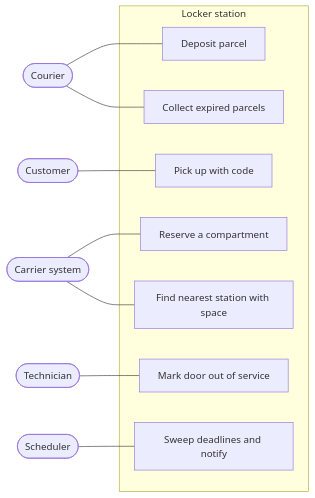
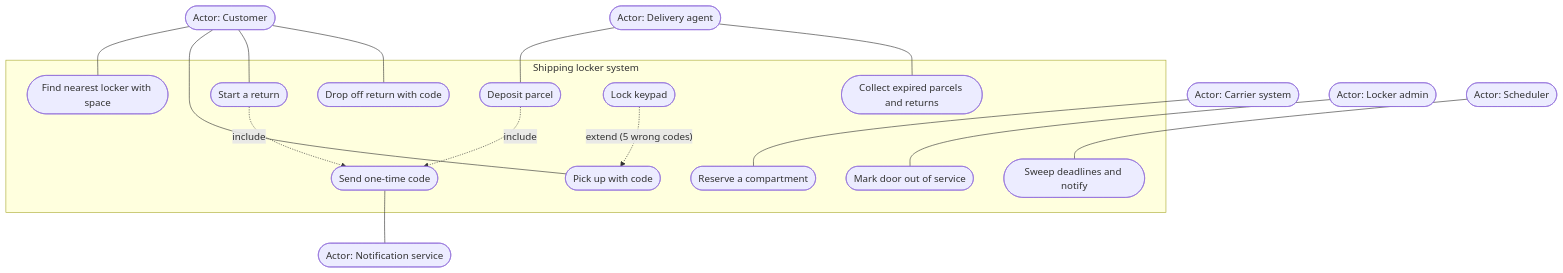
Before and after one commit to vsns11/interview_notes: diagram 23 of 29 in lld/chapters/14-case-everyday-objects/README.md, drawn with Mermaid. The commit also changed other lines of this file and 139 other files, not shown here.

````diff
--- a/lld/chapters/14-case-everyday-objects/README.md
+++ b/lld/chapters/14-case-everyday-objects/README.md
@@ -5095,24 +3217,35 @@
 ```mermaid
-flowchart LR
-    Carrier(["Carrier system"])
-    Courier(["Courier"])
-    Cust(["Customer"])
-    Tech(["Technician"])
-    Sched(["Scheduler"])
-    subgraph Station["Locker station"]
-        U1["Reserve a compartment"]
-        U2["Deposit parcel"]
-        U3["Pick up with code"]
-        U4["Collect expired parcels"]
-        U5["Mark door out of service"]
-        U6["Sweep deadlines and notify"]
-        U7["Find nearest station with space"]
+flowchart TD
+    Cust(["Actor: Customer"])
+    Agent(["Actor: Delivery agent"])
+    Carrier(["Actor: Carrier system"])
+    subgraph Station["Shipping locker system"]
+        U7(["Find nearest locker with space"])
+        U1(["Reserve a compartment"])
+        U2(["Deposit parcel"])
+        U8(["Send one-time code"])
+        U3(["Pick up with code"])
+        U9(["Start a return"])
+        U10(["Drop off return with code"])
+        U4(["Collect expired parcels and returns"])
+        U5(["Mark door out of service"])
+        U6(["Sweep deadlines and notify"])
+        U11(["Lock keypad"])
     end
+    Admin(["Actor: Locker admin"])
+    Sched(["Actor: Scheduler"])
+    Notif(["Actor: Notification service"])
+    Cust --- U7
+    Cust --- U3
+    Cust --- U9
+    Cust --- U10
     Carrier --- U1
-    Carrier --- U7
-    Courier --- U2
-    Courier --- U4
-    Cust --- U3
-    Tech --- U5
+    Agent --- U2
+    Agent --- U4
+    Admin --- U5
     Sched --- U6
+    U8 --- Notif
+    U2 -. "include" .-> U8
+    U9 -. "include" .-> U8
+    U11 -. "extend (5 wrong codes)" .-> U3
 ```
````
